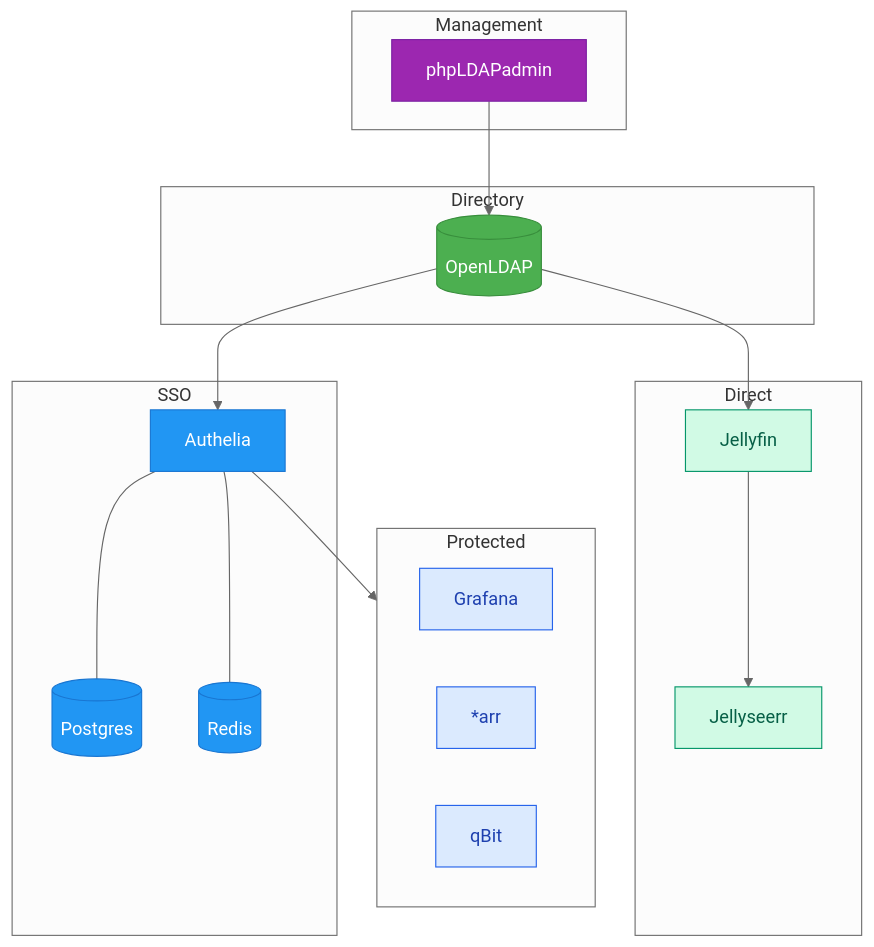
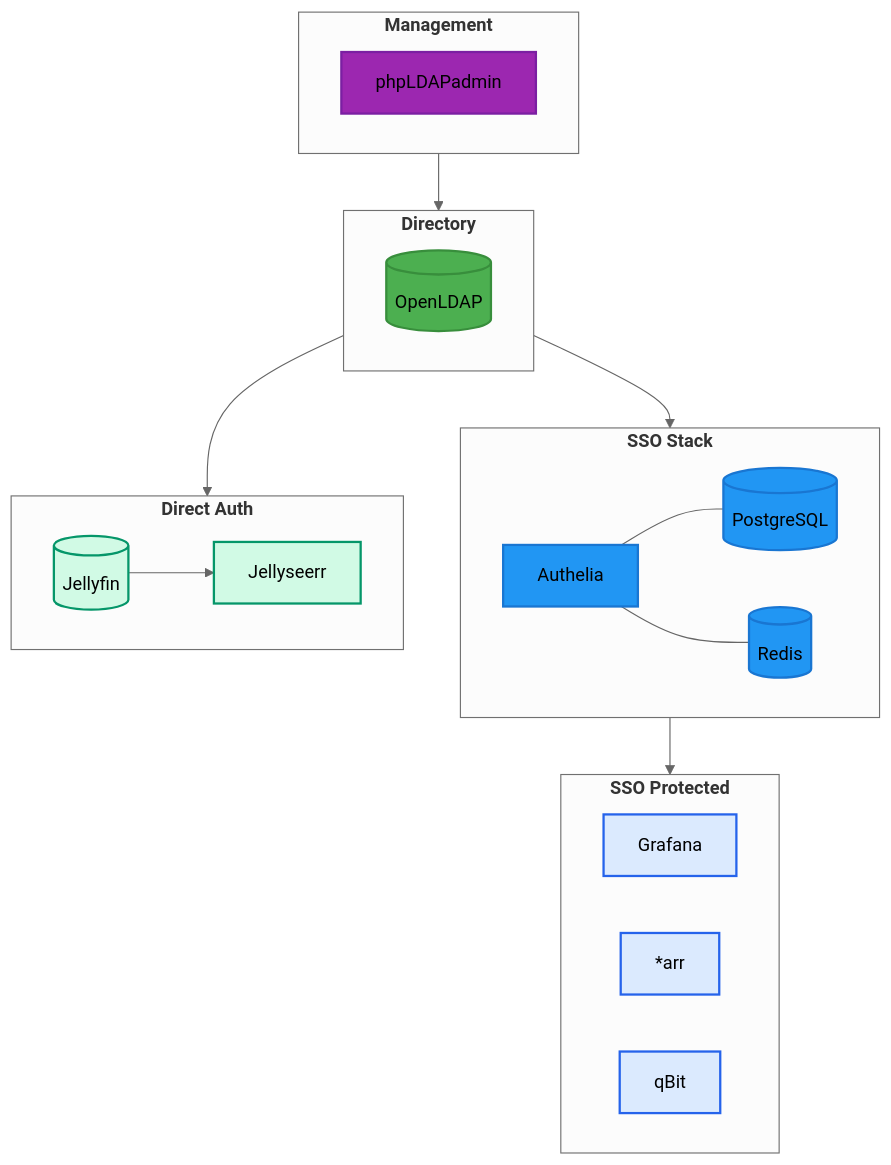
Before and after one commit to Mykyta-Home-Server/homeserver: the first of 4 diagrams in docs-site/src/content/docs/guides/ldap.mdx, drawn with Mermaid (neutral theme). The commit also changed other lines of this file and 2 other files, not shown here.

First line of the commit message:
Refine Mermaid diagrams: compact layouts and remove labels

````diff
--- a/docs-site/src/content/docs/guides/ldap.mdx
+++ b/docs-site/src/content/docs/guides/ldap.mdx
@@ -12,47 +12,50 @@
 ```mermaid
 flowchart TB
-    subgraph mgmt[Management]
-        phpLDAP[phpLDAPadmin]
+    subgraph mgmt["`**Management**`"]
+        direction LR
+        phpLDAP@{ shape: rect, label: "phpLDAPadmin" }
     end
 
-    subgraph ldap[Directory]
-        LDAP[(OpenLDAP)]
+    subgraph ldap["`**Directory**`"]
+        direction LR
+        LDAP@{ shape: cyl, label: "OpenLDAP" }
     end
 
-    subgraph sso[SSO]
-        Authelia[Authelia]
-        PG[(Postgres)]
-        Redis[(Redis)]
+    subgraph sso["`**SSO Stack**`"]
+        direction LR
+        Authelia@{ shape: rect, label: "Authelia" }
+        PG@{ shape: cyl, label: "PostgreSQL" }
+        Redis@{ shape: cyl, label: "Redis" }
     end
 
-    subgraph direct[Direct]
-        Jellyfin[Jellyfin]
-        Jellyseerr[Jellyseerr]
+    subgraph direct["`**Direct Auth**`"]
+        direction LR
+        Jellyfin@{ shape: cyl, label: "Jellyfin" }
+        Jellyseerr@{ shape: rect, label: "Jellyseerr" }
     end
 
-    subgraph protected[Protected]
-        Grafana[Grafana]
-        Arr[*arr]
-        qBit[qBit]
+    subgraph protected["`**SSO Protected**`"]
+        direction LR
+        Grafana@{ shape: rect, label: "Grafana" }
+        Arr@{ shape: rect, label: "*arr" }
+        qBit@{ shape: rect, label: "qBit" }
     end
 
     phpLDAP --> LDAP
-    LDAP --> Authelia
-    LDAP --> Jellyfin
-    Authelia --- PG
-    Authelia --- Redis
+    LDAP --> Authelia & Jellyfin
+    Authelia --- PG & Redis
     Jellyfin --> Jellyseerr
     Authelia --> protected
 
-    classDef mgmtStyle fill:#9c27b0,stroke:#7b1fa2,color:#fff
-    classDef ldapStyle fill:#4caf50,stroke:#388e3c,color:#fff
-    classDef ssoStyle fill:#2196f3,stroke:#1976d2,color:#fff
-    classDef directStyle fill:#d1fae5,stroke:#059669,color:#065f46
-    classDef protectedStyle fill:#dbeafe,stroke:#2563eb,color:#1e40af
+    classDef mgmtStyle fill:#9c27b0,stroke:#7b1fa2,stroke-width:2px
+    classDef ldapStyle fill:#4caf50,stroke:#388e3c,stroke-width:2px
+    classDef ssoStyle fill:#2196f3,stroke:#1976d2,stroke-width:2px
+    classDef directStyle fill:#d1fae5,stroke:#059669,stroke-width:2px
+    classDef protectedStyle fill:#dbeafe,stroke:#2563eb,stroke-width:2px
 
     class phpLDAP mgmtStyle
     class LDAP ldapStyle
     class Authelia,PG,Redis ssoStyle
     class Jellyfin,Jellyseerr directStyle
     class Grafana,Arr,qBit protectedStyle
 ```
````
